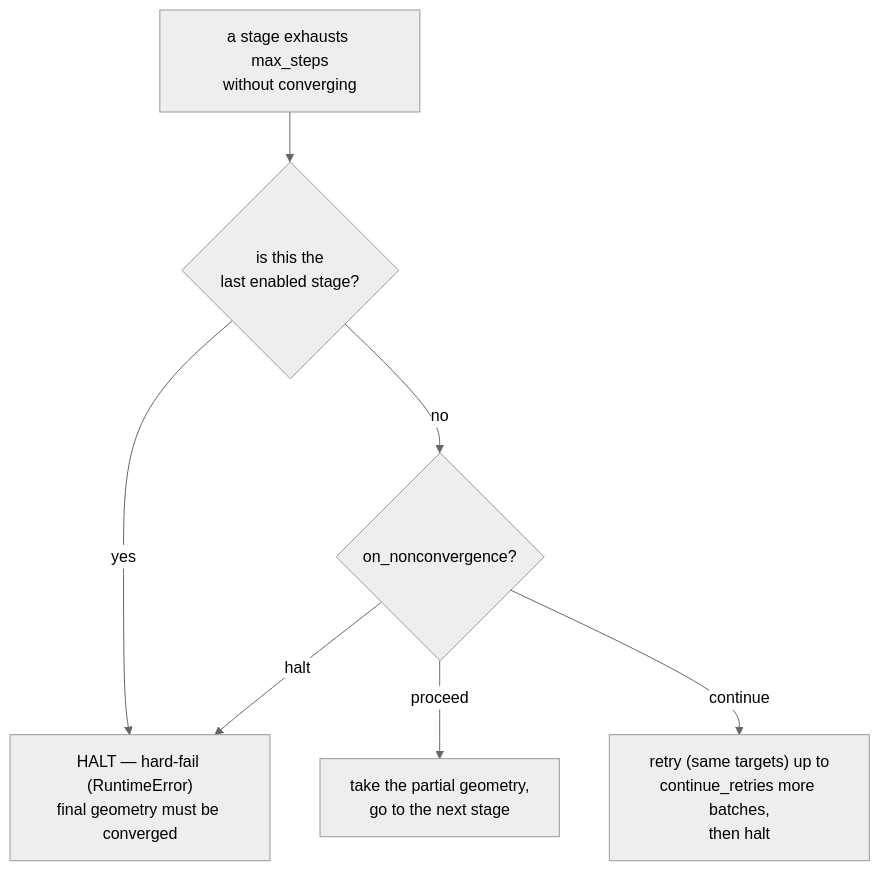
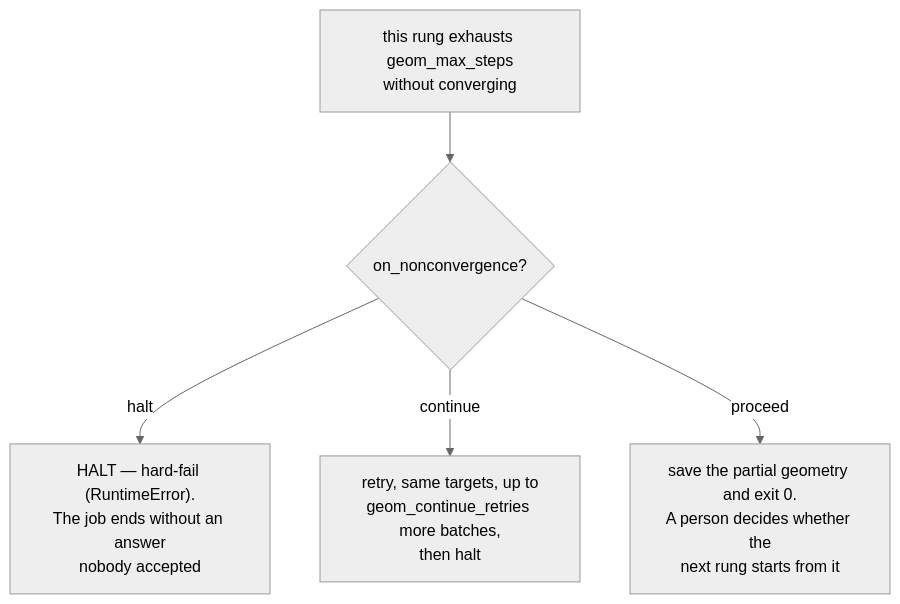
One commit to Qing-LAB/molbuilder changed the second of 2 diagrams in docs/engines/pyscf.md. Above: the diagram before and after it, drawn with Mermaid (neutral theme). The commit also changed other lines of this file and 106 other files, not shown here.

````diff
--- a/docs/engines/pyscf.md
+++ b/docs/engines/pyscf.md
@@ -230,9 +241,7 @@
 ```mermaid
 flowchart TD
-    ST["a stage exhausts max_steps<br/>without converging"] --> F{"is this the<br/>last enabled stage?"}
-    F -->|yes| H["HALT — hard-fail (RuntimeError)<br/>final geometry must be converged"]
-    F -->|no| P{"on_nonconvergence?"}
-    P -->|proceed| PR["take the partial geometry,<br/>go to the next stage"]
-    P -->|halt| H
-    P -->|continue| C["retry (same targets) up to<br/>continue_retries more batches,<br/>then halt"]
+    ST["this rung exhausts geom_max_steps<br/>without converging"] --> P{"on_nonconvergence?"}
+    P -->|halt| H["HALT — hard-fail (RuntimeError).<br/>The job ends without an answer<br/>nobody accepted"]
+    P -->|continue| C["retry, same targets, up to<br/>geom_continue_retries more batches,<br/>then halt"]
+    P -->|proceed| PR["save the partial geometry and exit 0.<br/>A person decides whether the<br/>next rung starts from it"]
 ```
````
